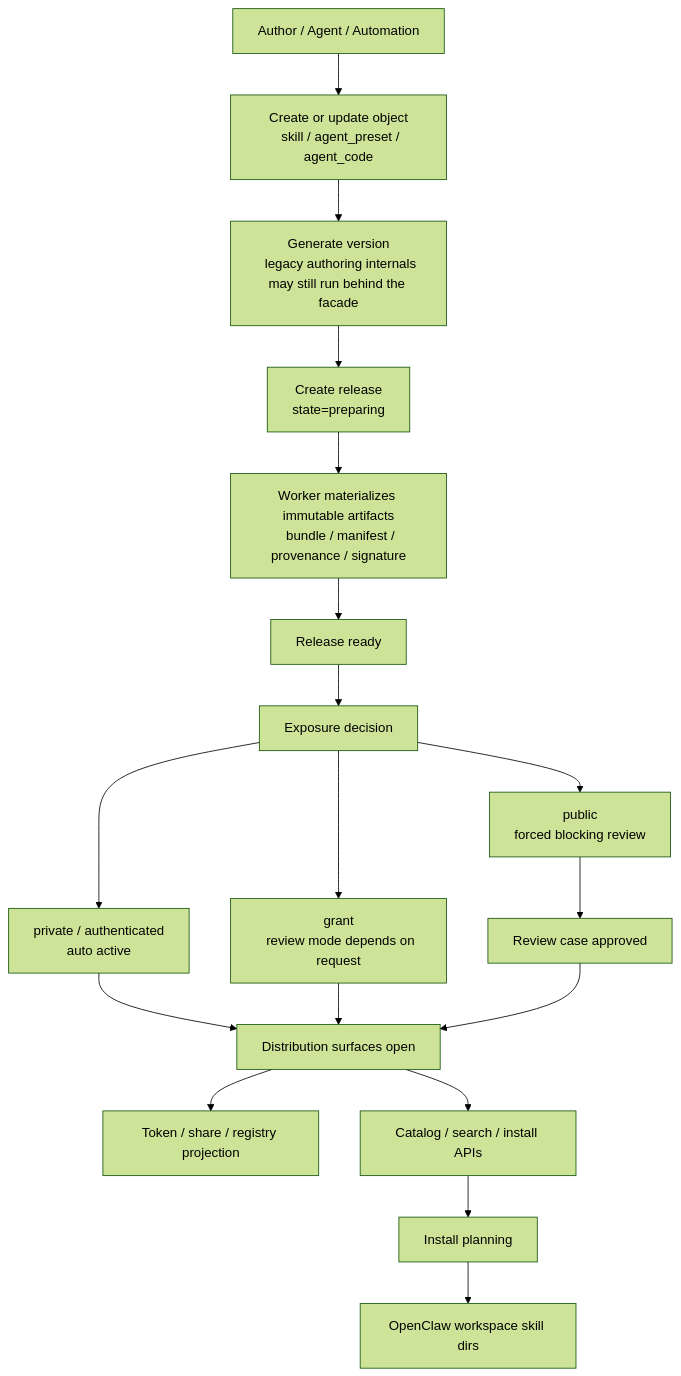
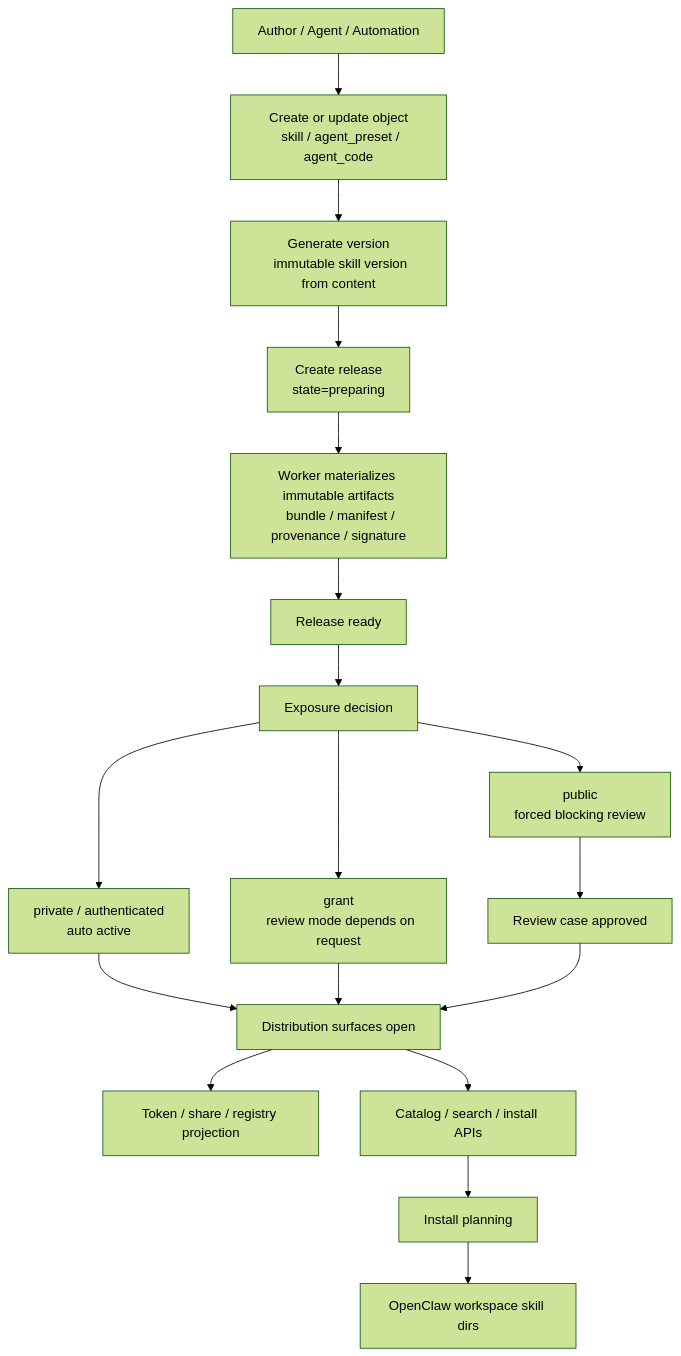
The first of 4 diagrams in docs/guide/control-plane-business-flows.md (EudOnline/infinitas-skill), drawn with Mermaid (forest theme) before and after one commit. The commit also changed other lines of this file and 19 other files, not shown here.

````diff
--- a/docs/guide/control-plane-business-flows.md
+++ b/docs/guide/control-plane-business-flows.md
@@ -38,30 +38,30 @@
 ```mermaid
 flowchart TD
   A["Author / Agent / Automation"] --> B["Create or update object
   skill / agent_preset / agent_code"]
   B --> C["Generate version
-  legacy authoring internals may still run behind the facade"]
+  immutable skill version from content"]
   C --> D["Create release
   state=preparing"]
   D --> E["Worker materializes immutable artifacts
   bundle / manifest / provenance / signature"]
   E --> F["Release ready"]
 
   F --> G["Exposure decision"]
   G --> G1["private / authenticated
   auto active"]
   G --> G2["grant
   review mode depends on request"]
   G --> G3["public
   forced blocking review"]
 
   G1 --> H["Distribution surfaces open"]
   G2 --> H
   G3 --> I["Review case approved"]
   I --> H
 
   H --> J["Token / share / registry projection"]
   H --> K["Catalog / search / install APIs"]
   K --> L["Install planning"]
   L --> M["OpenClaw workspace skill dirs"]
 ```
````
